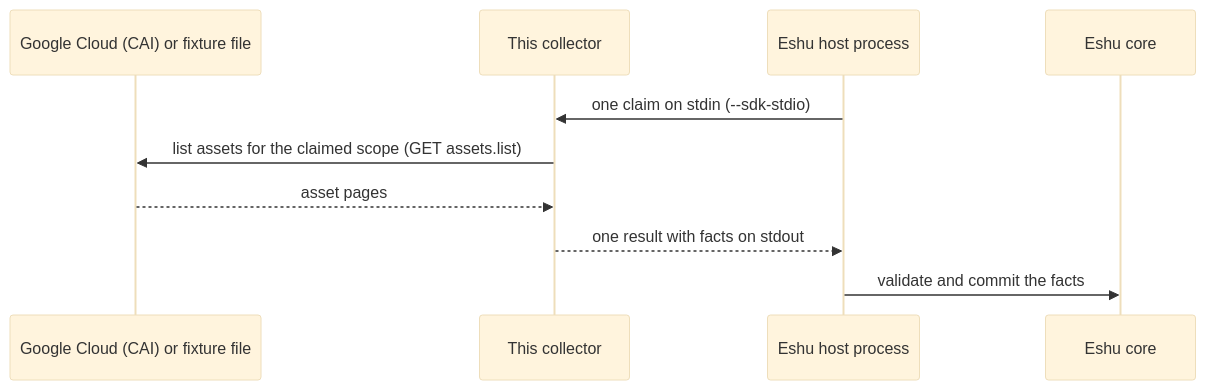
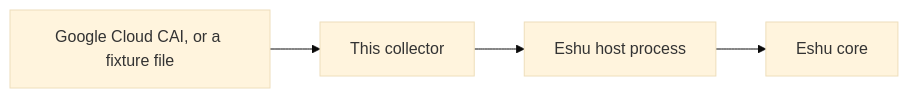
One commit to eshu-hq/eshu-collector-gcp-cloud changed the diagram in README.md. Above: the diagram before and after it, drawn with Mermaid (base theme). The commit also changed other lines of this file and 14 other files, not shown here.

````diff
--- a/README.md
+++ b/README.md
@@ -43,12 +14,6 @@
 ```mermaid
-sequenceDiagram
-    participant G as Google Cloud (CAI) or fixture file
-    participant C as This collector
-    participant H as Eshu host process
-    participant E as Eshu core
-    H->>C: one claim on stdin (--sdk-stdio)
-    C->>G: list assets for the claimed scope (GET assets.list)
-    G-->>C: asset pages
-    C-->>H: one result with facts on stdout
-    H->>E: validate and commit the facts
+flowchart LR
+    G[Google Cloud CAI, or a fixture file] --> C[This collector]
+    C --> H[Eshu host process]
+    H --> E[Eshu core]
 ```
````
